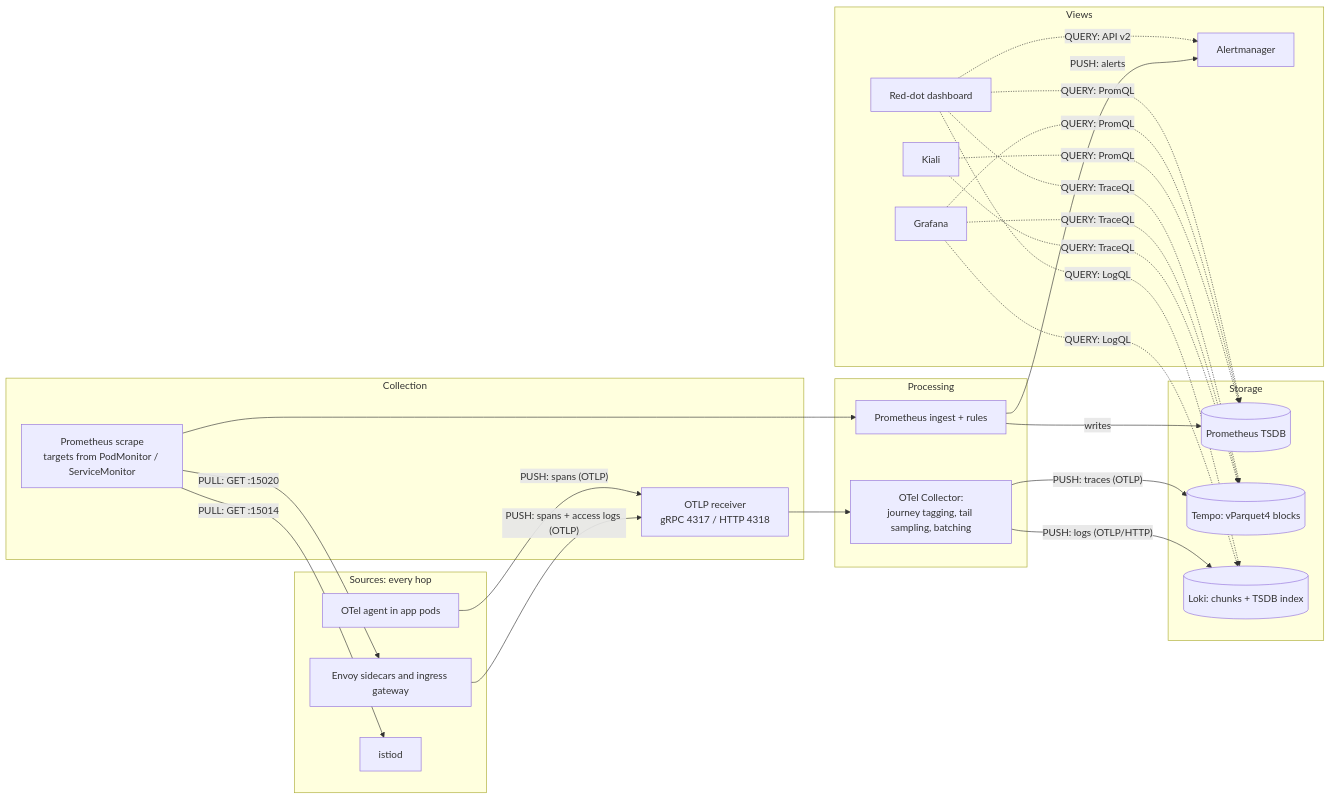
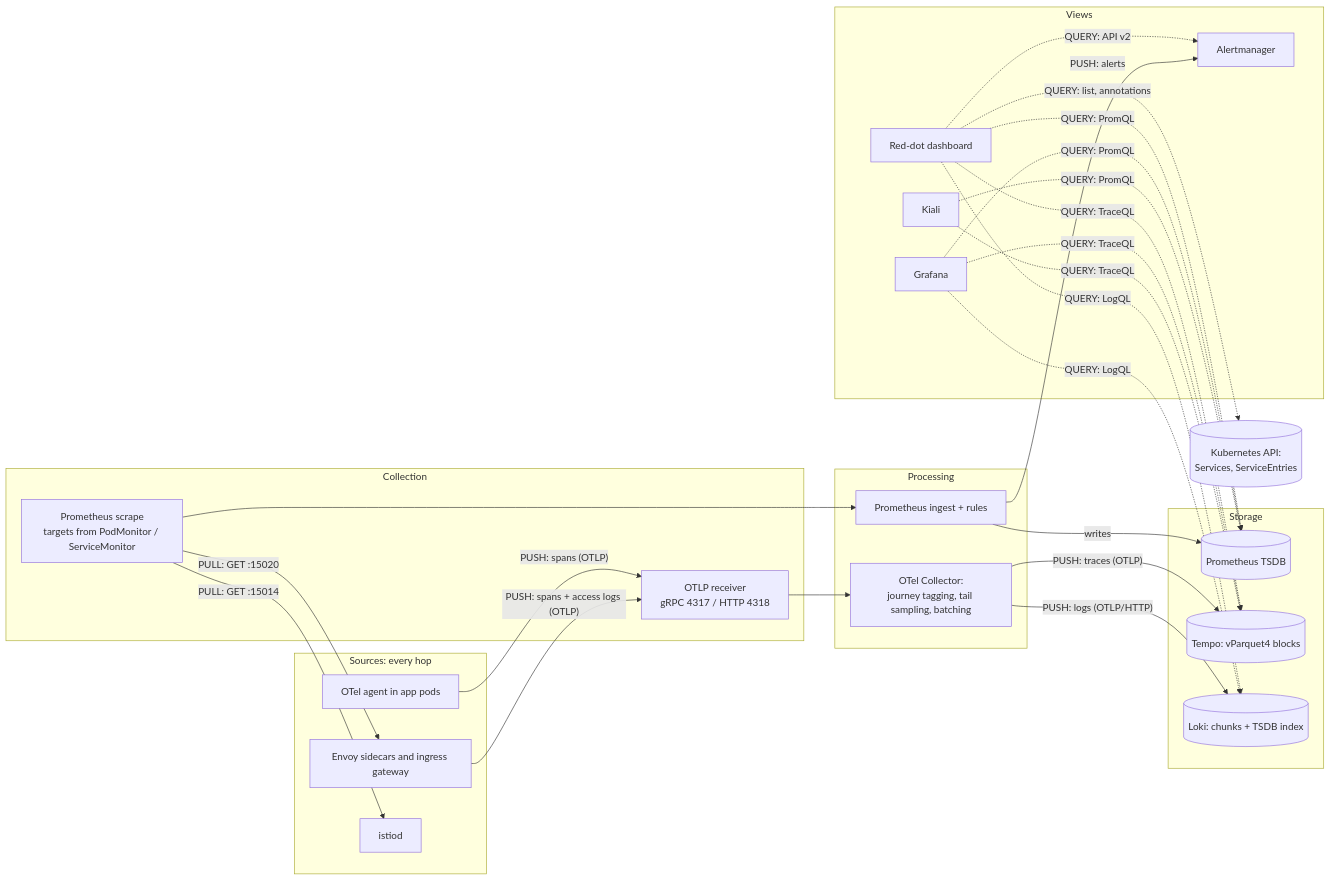
Before and after one commit to canpolatoral/monitoring-poc: the first of 9 diagrams in docs/architecture.md, drawn with Mermaid. The commit also changed other lines of this file and 3 other files, not shown here.

````diff
--- a/docs/architecture.md
+++ b/docs/architecture.md
@@ -180,40 +180,42 @@
 ```mermaid
 flowchart LR
   subgraph SRC[Sources: every hop]
     ENV[Envoy sidecars and ingress gateway]
     AGT[OTel agent in app pods]
     ISTIOD[istiod]
   end
   subgraph COL[Collection]
     SCR[Prometheus scrape<br/>targets from PodMonitor / ServiceMonitor]
     OTLP[OTLP receiver<br/>gRPC 4317 / HTTP 4318]
   end
   subgraph PROC[Processing]
     PROMR[Prometheus ingest + rules]
     OC[OTel Collector:<br/>journey tagging, tail sampling, batching]
   end
   subgraph STORE[Storage]
     TSDB[(Prometheus TSDB)]
     TEMPO[(Tempo: vParquet4 blocks)]
     LOKI[(Loki: chunks + TSDB index)]
   end
   subgraph VIEW[Views]
     KIALI[Kiali]
     GRAF[Grafana]
     RD[Red-dot dashboard]
     AM[Alertmanager]
   end
   SCR -->|"PULL: GET :15020"| ENV
   SCR -->|"PULL: GET :15014"| ISTIOD
   SCR --> PROMR -->|writes| TSDB
   PROMR -->|"PUSH: alerts"| AM
   ENV -->|"PUSH: spans + access logs (OTLP)"| OTLP
   AGT -->|"PUSH: spans (OTLP)"| OTLP
   OTLP --> OC
   OC -->|"PUSH: traces (OTLP)"| TEMPO
   OC -->|"PUSH: logs (OTLP/HTTP)"| LOKI
   KIALI & GRAF & RD -.->|"QUERY: PromQL"| TSDB
   KIALI & GRAF & RD -.->|"QUERY: TraceQL"| TEMPO
   GRAF & RD -.->|"QUERY: LogQL"| LOKI
   RD -.->|"QUERY: API v2"| AM
+  K8S[(Kubernetes API:<br/>Services, ServiceEntries)]
+  RD -.->|"QUERY: list, annotations"| K8S
 ```
````
